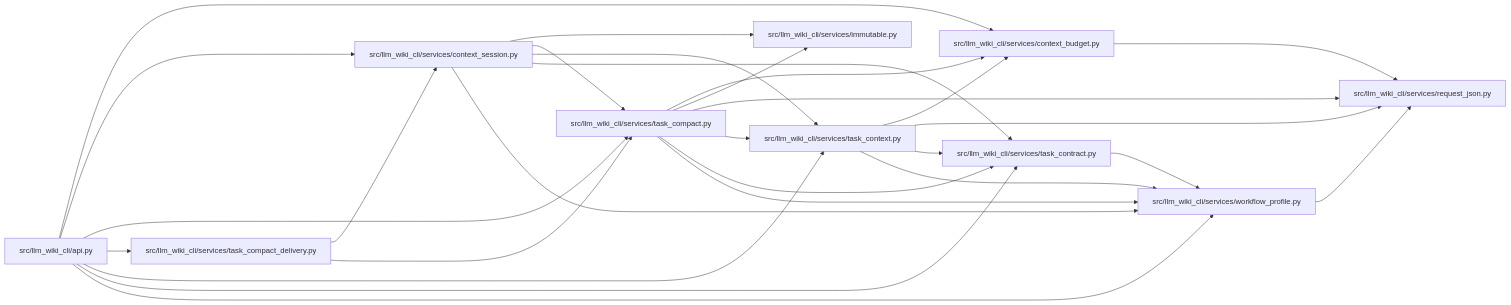
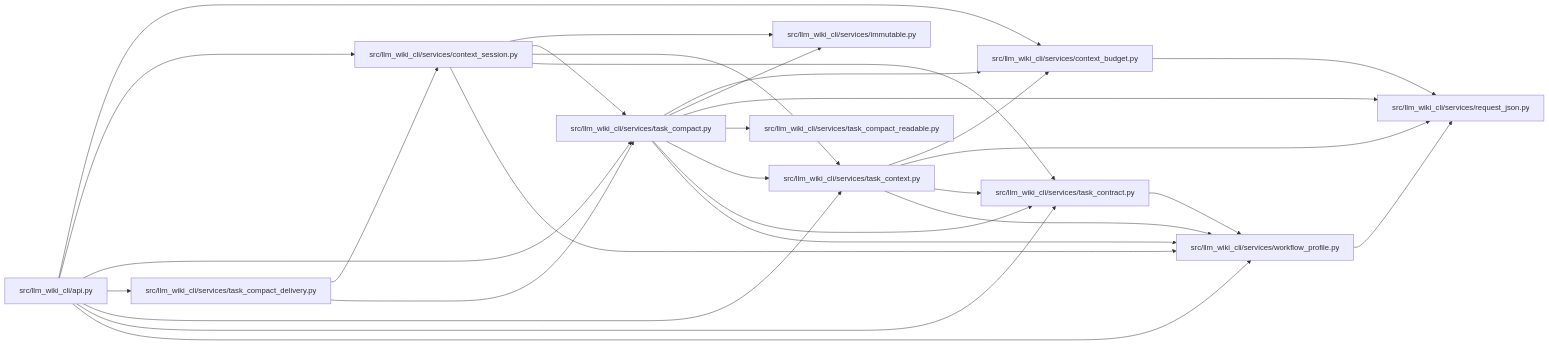
The diagram in docs/llm_wiki/modules/task_compact.md (Denissvgn/python-wiki-llm), drawn with Mermaid before and after one commit. The commit also changed other lines of this file and 324 other files, not shown here.

Commit message:
docs(wiki): describe and anchor compact-v2 delivery

````diff
--- a/docs/llm_wiki/modules/task_compact.md
+++ b/docs/llm_wiki/modules/task_compact.md
@@ -29,50 +38,53 @@
 ```mermaid
 flowchart LR
     n0["src/llm_wiki_cli/api.py"]
     n1["src/llm_wiki_cli/services/context_budget.py"]
     n2["src/llm_wiki_cli/services/context_session.py"]
     n3["src/llm_wiki_cli/services/immutable.py"]
     n4["src/llm_wiki_cli/services/request_json.py"]
     n5["src/llm_wiki_cli/services/task_compact.py"]
     n6["src/llm_wiki_cli/services/task_compact_delivery.py"]
-    n7["src/llm_wiki_cli/services/task_context.py"]
-    n8["src/llm_wiki_cli/services/task_contract.py"]
-    n9["src/llm_wiki_cli/services/workflow_profile.py"]
+    n7["src/llm_wiki_cli/services/task_compact_readable.py"]
+    n8["src/llm_wiki_cli/services/task_context.py"]
+    n9["src/llm_wiki_cli/services/task_contract.py"]
+    n10["src/llm_wiki_cli/services/workflow_profile.py"]
     n0 --> n1
     n0 --> n2
     n0 --> n5
     n0 --> n6
-    n0 --> n7
     n0 --> n8
     n0 --> n9
+    n0 --> n10
     n1 --> n4
     n2 --> n3
     n2 --> n5
-    n2 --> n7
     n2 --> n8
     n2 --> n9
+    n2 --> n10
     n5 --> n1
     n5 --> n3
     n5 --> n4
     n5 --> n7
     n5 --> n8
     n5 --> n9
+    n5 --> n10
     n6 --> n2
     n6 --> n5
-    n7 --> n1
-    n7 --> n4
-    n7 --> n8
-    n7 --> n9
+    n8 --> n1
+    n8 --> n4
     n8 --> n9
-    n9 --> n4
+    n8 --> n10
+    n9 --> n10
+    n10 --> n4
     click n0 "../modules/api.md"
     click n1 "../modules/context_budget.md"
     click n2 "../modules/context_session.md"
     click n3 "../modules/immutable.md"
     click n4 "../modules/request_json.md"
     click n5 "../modules/task_compact.md"
     click n6 "../modules/task_compact_delivery.md"
-    click n7 "../modules/task_context.md"
-    click n8 "../modules/task_contract.md"
-    click n9 "../modules/workflow_profile.md"
+    click n7 "../modules/task_compact_readable.md"
+    click n8 "../modules/task_context.md"
+    click n9 "../modules/task_contract.md"
+    click n10 "../modules/workflow_profile.md"
 ```
````
